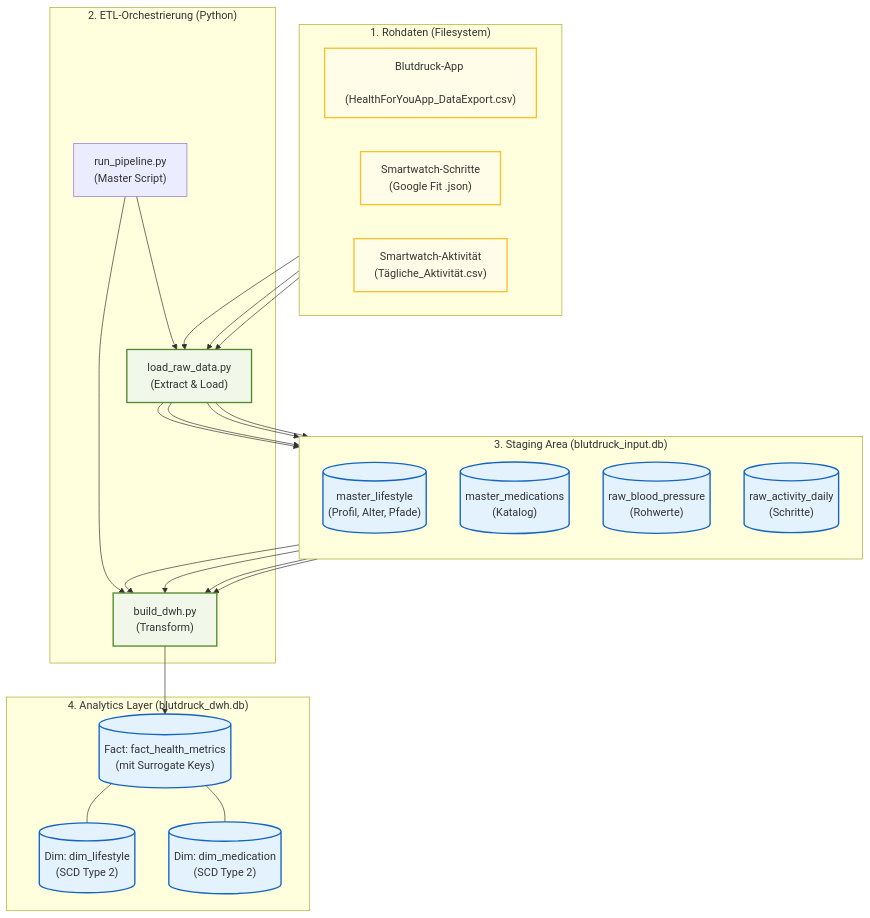
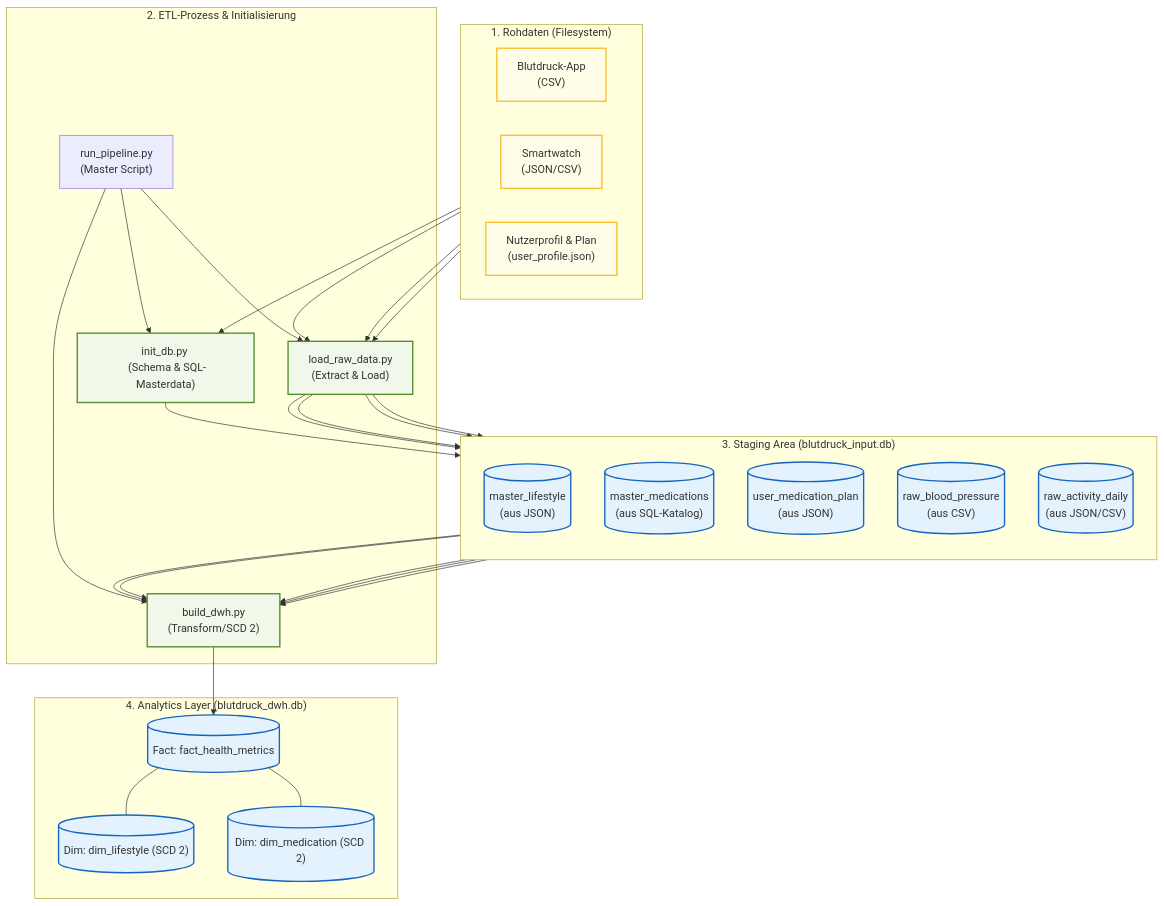
One commit to NilsBauch/blutdruck_data_engineer_training changed the diagram in Architektur/Datenbanken/Datenbank_Uebersicht.md. Above: the diagram before and after it, drawn with Mermaid. The commit also changed other lines of this file and 46 other files, not shown here.

````diff
--- a/Architektur/Datenbanken/Datenbank_Uebersicht.md
+++ b/Architektur/Datenbanken/Datenbank_Uebersicht.md
@@ -11,50 +11,57 @@
 ```mermaid
 flowchart TD
     %% Datenquellen
     subgraph Quellen ["1. Rohdaten (Filesystem)"]
         direction LR
-        CSV_BP["Blutdruck-App \n (HealthForYouApp_DataExport.csv)"]
-        JSON_STEPS["Smartwatch-Schritte \n (Google Fit .json)"]
-        CSV_ACT["Smartwatch-Aktivität \n (Tägliche_Aktivität.csv)"]
+        CSV_BP["Blutdruck-App \n (CSV)"]
+        JSON_ACT["Smartwatch \n (JSON/CSV)"]
+        USR_JSON["Nutzerprofil & Plan \n (user_profile.json)"]
     end
 
     %% ETL Prozess
-    subgraph ETL ["2. ETL-Orchestrierung (Python)"]
+    subgraph ETL ["2. ETL-Prozess & Initialisierung"]
         P0["run_pipeline.py \n (Master Script)"]
-        P1["load_raw_data.py \n (Extract & Load)"]
-        P2["build_dwh.py \n (Transform)"]
+        P1["init_db.py \n (Schema & SQL-Masterdata)"]
+        P2["load_raw_data.py \n (Extract & Load)"]
+        P3["build_dwh.py \n (Transform/SCD 2)"]
     end
 
     %% Staging Area
     subgraph Staging ["3. Staging Area (blutdruck_input.db)"]
         direction TB
-        T1[("master_lifestyle \n (Profil, Alter, Pfade)")]
-        T2[("master_medications \n (Katalog)")]
-        T3[("raw_blood_pressure \n (Rohwerte)")]
-        T4[("raw_activity_daily \n (Schritte)")]
+        T1[("master_lifestyle \n (aus JSON)")]
+        T2[("master_medications \n (aus SQL-Katalog)")]
+        T5[("user_medication_plan \n (aus JSON)")]
+        T3[("raw_blood_pressure \n (aus CSV)")]
+        T4[("raw_activity_daily \n (aus JSON/CSV)")]
     end
 
     %% Warehouse
     subgraph DWH ["4. Analytics Layer (blutdruck_dwh.db)"]
-        F1[("Fact: fact_health_metrics \n (mit Surrogate Keys)")]
-        D1[("Dim: dim_lifestyle \n (SCD Type 2)")]
-        D2[("Dim: dim_medication \n (SCD Type 2)")]
+        F1[("Fact: fact_health_metrics")]
+        D1[("Dim: dim_lifestyle (SCD 2)")]
+        D2[("Dim: dim_medication (SCD 2)")]
     end
 
     %% Verbindungen
-    CSV_BP & JSON_STEPS & CSV_ACT --> P1
-    P0 --> P1 & P2
-    P1 --> T1 & T2 & T3 & T4
-    T1 & T2 & T3 & T4 --> P2
-    P2 --> F1
+    USR_JSON --> P2 & P1
+    CSV_BP & JSON_ACT --> P2
+    
+    P0 --> P1 & P2 & P3
+    
+    P1 --> T2
+    P2 --> T1 & T3 & T4 & T5
+    
+    T1 & T2 & T3 & T4 & T5 --> P3
+    P3 --> F1
     F1 --- D1 & D2
 
     %% Styling
     classDef file fill:#fffde7,stroke:#fbc02d,stroke-width:2px;
     classDef db fill:#e3f2fd,stroke:#1565c0,stroke-width:2px;
     classDef script fill:#f1f8e9,stroke:#558b2f,stroke-width:2px;
 
-    class CSV_BP,JSON_STEPS,CSV_ACT file;
-    class T1,T2,T3,T4,F1,D1,D2 db;
-    class P1,P2 script;
+    class CSV_BP,JSON_ACT,USR_JSON file;
+    class T1,T2,T3,T4,T5,F1,D1,D2 db;
+    class P1,P2,P3 script;
 ```
````
